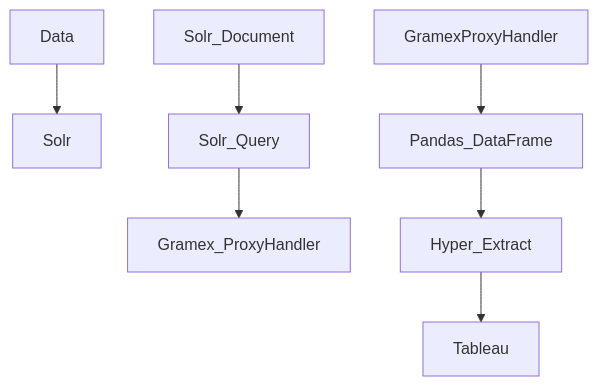
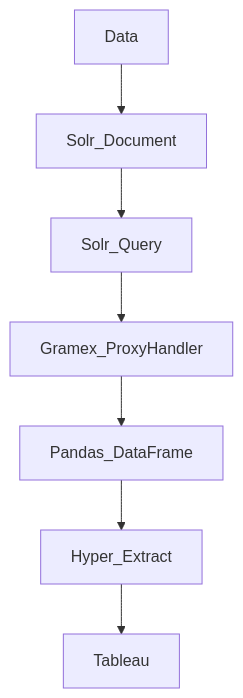
The diagram in _posts/2020-07-20-solr-tableau.md (bkamapantula/bkamapantula.github.io), drawn with Mermaid before and after one commit. The commit also changed other lines of this file, not shown here.

```diff
--- a/_posts/2020-07-20-solr-tableau.md
+++ b/_posts/2020-07-20-solr-tableau.md
@@ -14,9 +14,9 @@
 <div class="mermaid">
   graph TD;
-      Data-->Solr;
+      Data-->Solr_Document;
       Solr_Document-->Solr_Query;
       Solr_Query-->Gramex_ProxyHandler;
-      GramexProxyHandler-->Pandas_DataFrame;
+      Gramex_ProxyHandler-->Pandas_DataFrame;
       Pandas_DataFrame-->Hyper_Extract;
       Hyper_Extract-->Tableau;
 </div>
```
